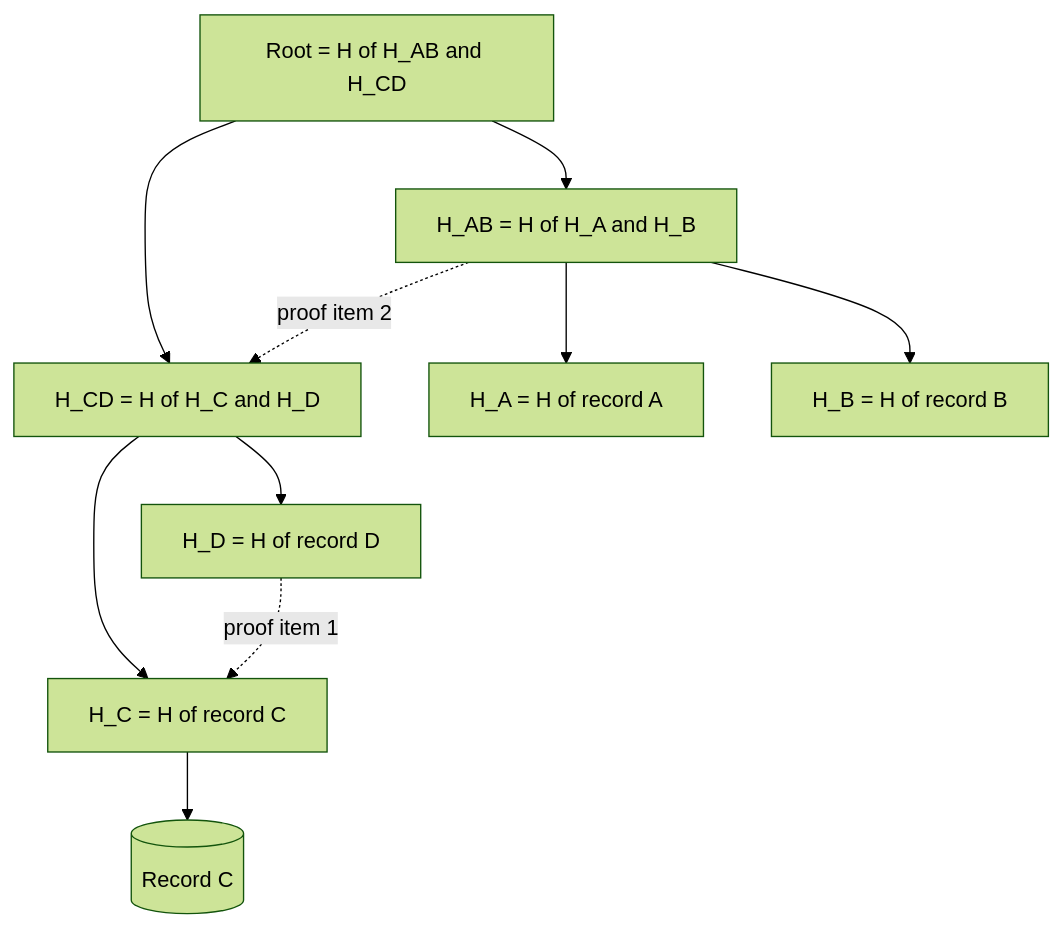
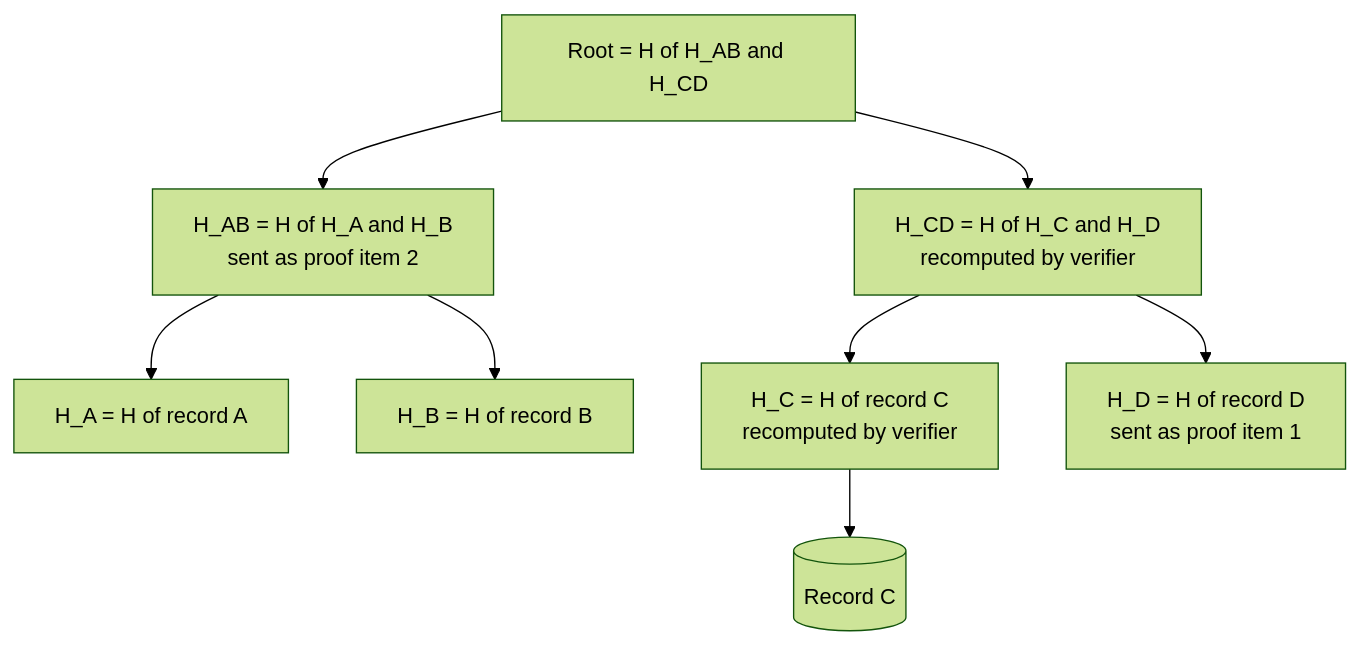
One commit to Sampath1-1-1/System-Design changed the diagram in diagrams/ch17/fig-17-09.mmd. Above: the diagram before and after it, drawn with Mermaid (forest theme). The commit also changed 51 other files, not shown here.

```diff
--- a/diagrams/ch17/fig-17-09.mmd
+++ b/diagrams/ch17/fig-17-09.mmd
@@ -1,11 +1,9 @@
 %% Figure 17.9 — A Merkle tree over four records and the inclusion proof for record C
 flowchart TD
-  ROOT["Root = H of H_AB and H_CD"] --> HAB["H_AB = H of H_A and H_B"]
-  ROOT --> HCD["H_CD = H of H_C and H_D"]
+  ROOT["Root = H of H_AB and H_CD"] --> HAB["H_AB = H of H_A and H_B<br/>sent as proof item 2"]
+  ROOT --> HCD["H_CD = H of H_C and H_D<br/>recomputed by verifier"]
   HAB --> HA["H_A = H of record A"]
   HAB --> HB["H_B = H of record B"]
-  HCD --> HC["H_C = H of record C"]
-  HCD --> HD["H_D = H of record D"]
+  HCD --> HC["H_C = H of record C<br/>recomputed by verifier"]
+  HCD --> HD["H_D = H of record D<br/>sent as proof item 1"]
   HC --> RC[(Record C)]
-  HD -.->|proof item 1| HC
-  HAB -.->|proof item 2| HCD
```
